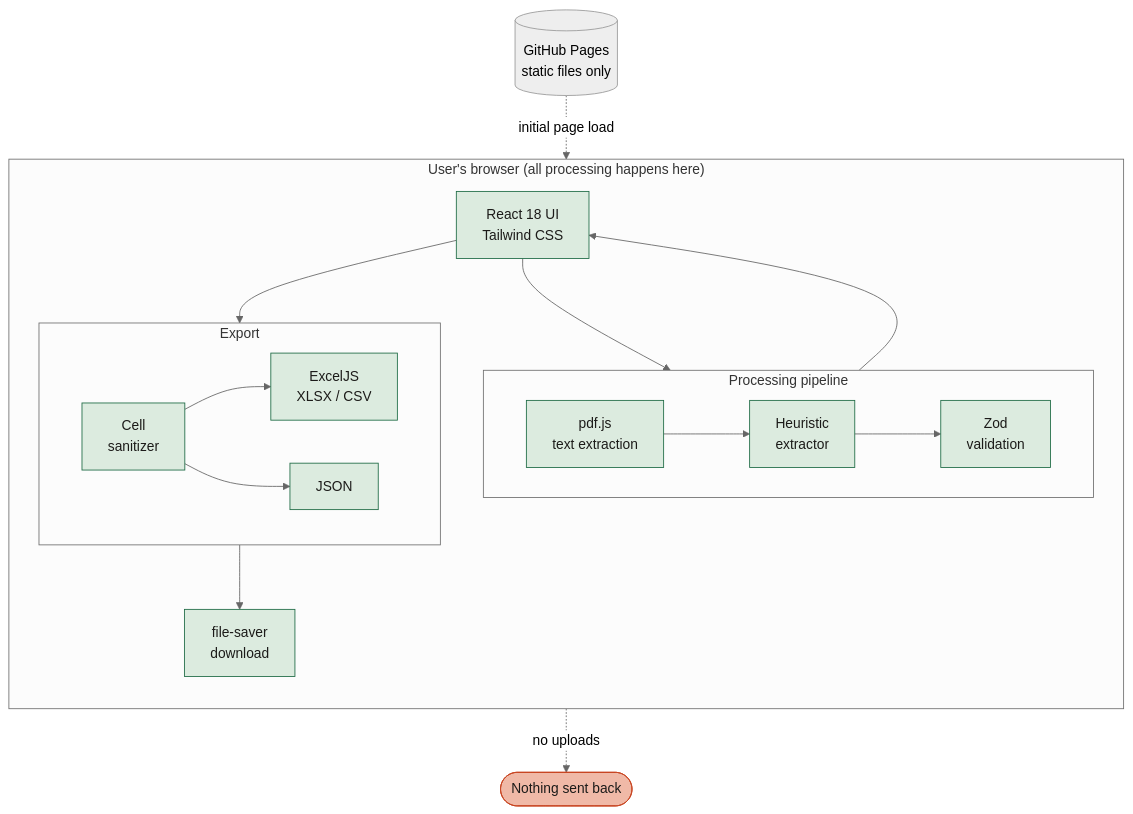
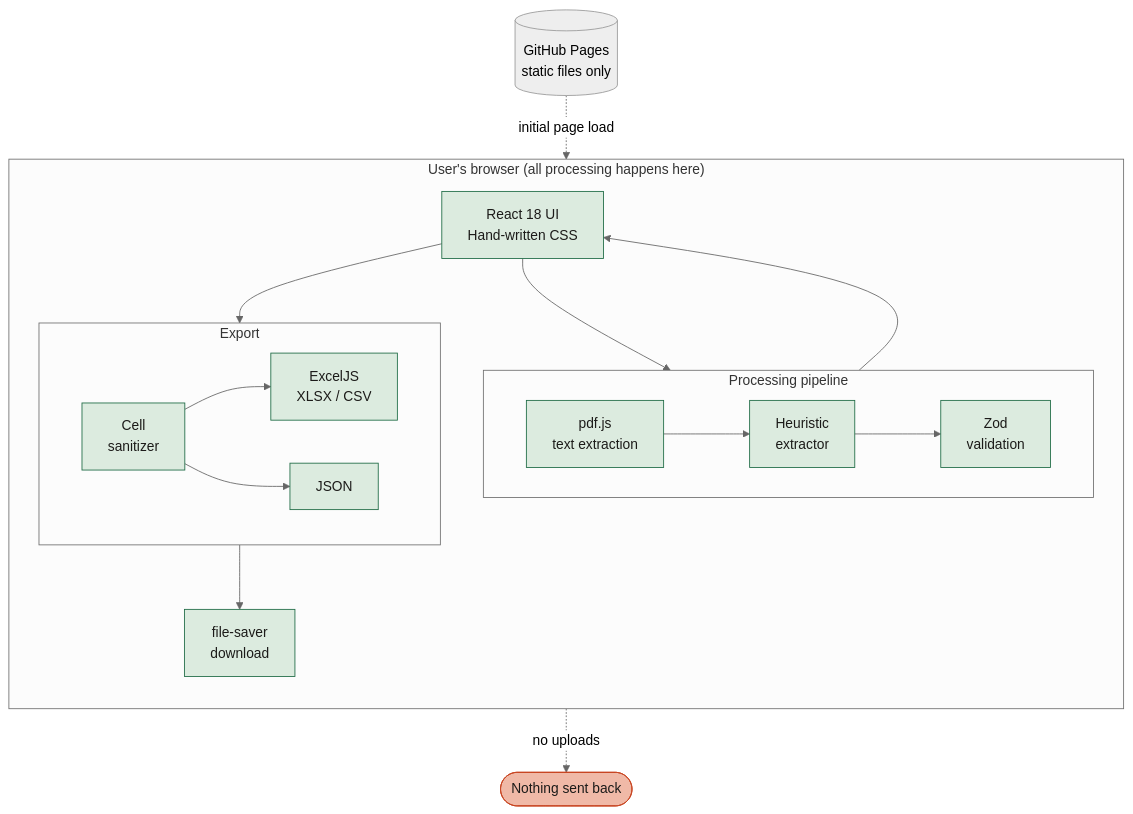
Before and after one commit to MANayab/DocuExtract: the sixth of 6 diagrams in README.md, drawn with Mermaid (neutral theme). The commit also changed other lines of this file, not shown here.

Commit message:
docs: align README claims with supported invoice fields

````diff
--- a/README.md
+++ b/README.md
@@ -311,27 +311,27 @@
 ```mermaid
 flowchart TB
     subgraph Browser["User's browser (all processing happens here)"]
         direction TB
-        UI["React 18 UI<br/>Tailwind CSS"]
+        UI["React 18 UI<br/>Hand-written CSS"]
         subgraph Core["Processing pipeline"]
             direction LR
             PDF["pdf.js<br/>text extraction"] --> EXT["Heuristic<br/>extractor"] --> VAL["Zod<br/>validation"]
         end
         subgraph Out["Export"]
             direction LR
             SAN["Cell<br/>sanitizer"] --> XL["ExcelJS<br/>XLSX / CSV"]
             SAN --> JS["JSON"]
         end
         UI --> Core
         Core --> UI
         UI --> Out
         Out --> FS["file-saver<br/>download"]
     end
     CDN[("GitHub Pages<br/>static files only")] -. "initial page load" .-> Browser
     Browser -. "no uploads" .-> NOUP(["Nothing sent back"])
 
     classDef local fill:#DCEBDF,stroke:#1F6B45,color:#1C1B19;
     class UI,PDF,EXT,VAL,SAN,XL,JS,FS local;
     classDef none fill:#F0B9A7,stroke:#C8431F,color:#1C1B19;
     class NOUP none;
 ```
````
